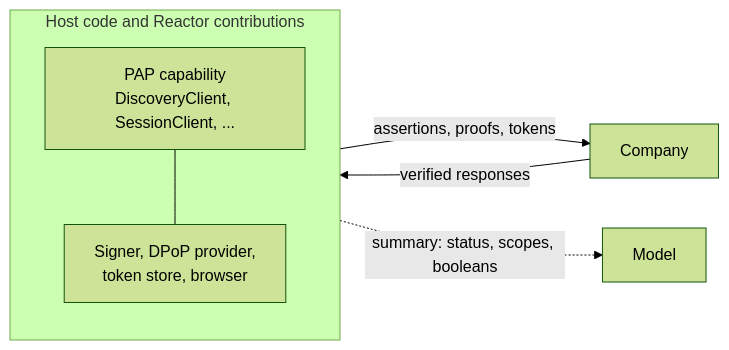
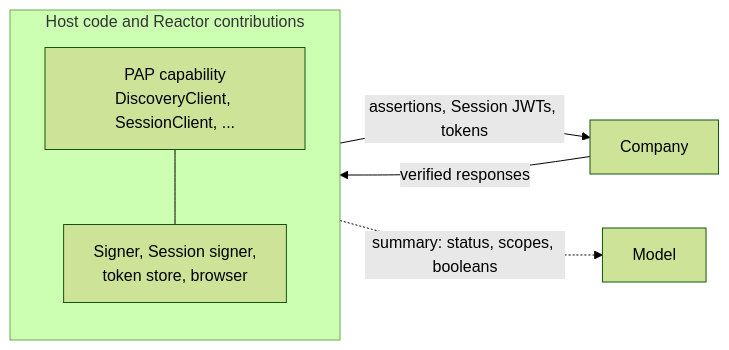
The diagram in docs/docs/examples/index.mdx (datalayer/personal-agent-protocol), drawn with Mermaid (forest theme) before and after one commit. The commit also changed other lines of this file and 22 other files, not shown here.

Commit message:
The four cases as decks: the ./decks entry, YAML from TypeScript files with the parsed deck beside it, shown on the docs site from that export under Cases, linked to datalayer.ai and back; the operations, two-companies and user-with-a-company decks and that page's diagram at draft 0.3

````diff
--- a/docs/docs/examples/index.mdx
+++ b/docs/docs/examples/index.mdx
@@ -63,14 +70,14 @@
 ```mermaid
 flowchart LR
   M["Model"]
   subgraph HOST["Host code and Reactor contributions"]
     direction TB
     T["PAP capability<br/>DiscoveryClient, SessionClient, ..."]
-    S["Signer, DPoP provider,<br/>token store, browser"]
+    S["Signer, Session signer,<br/>token store, browser"]
     T --- S
   end
   CO["Company"]
-  HOST -- "assertions, proofs, tokens" --> CO
+  HOST -- "assertions, Session JWTs, tokens" --> CO
   CO -- "verified responses" --> HOST
   HOST -. "summary: status, scopes, booleans" .-> M
 ```
````
